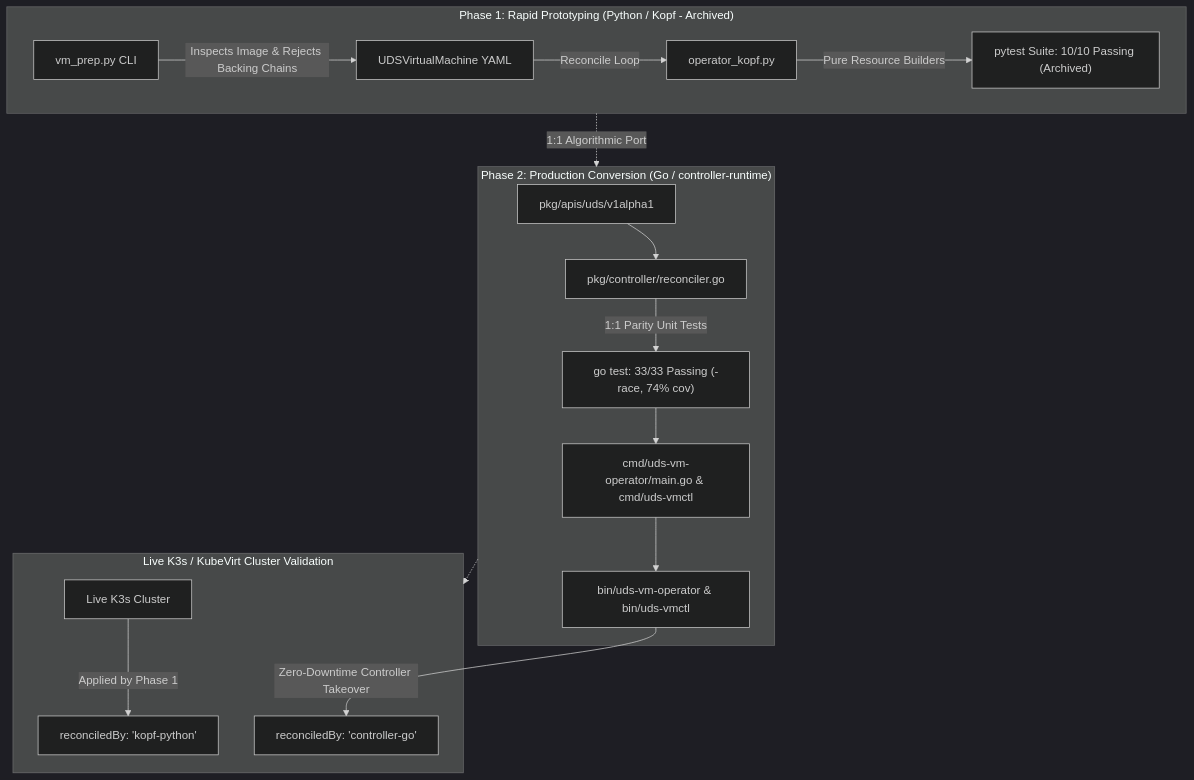
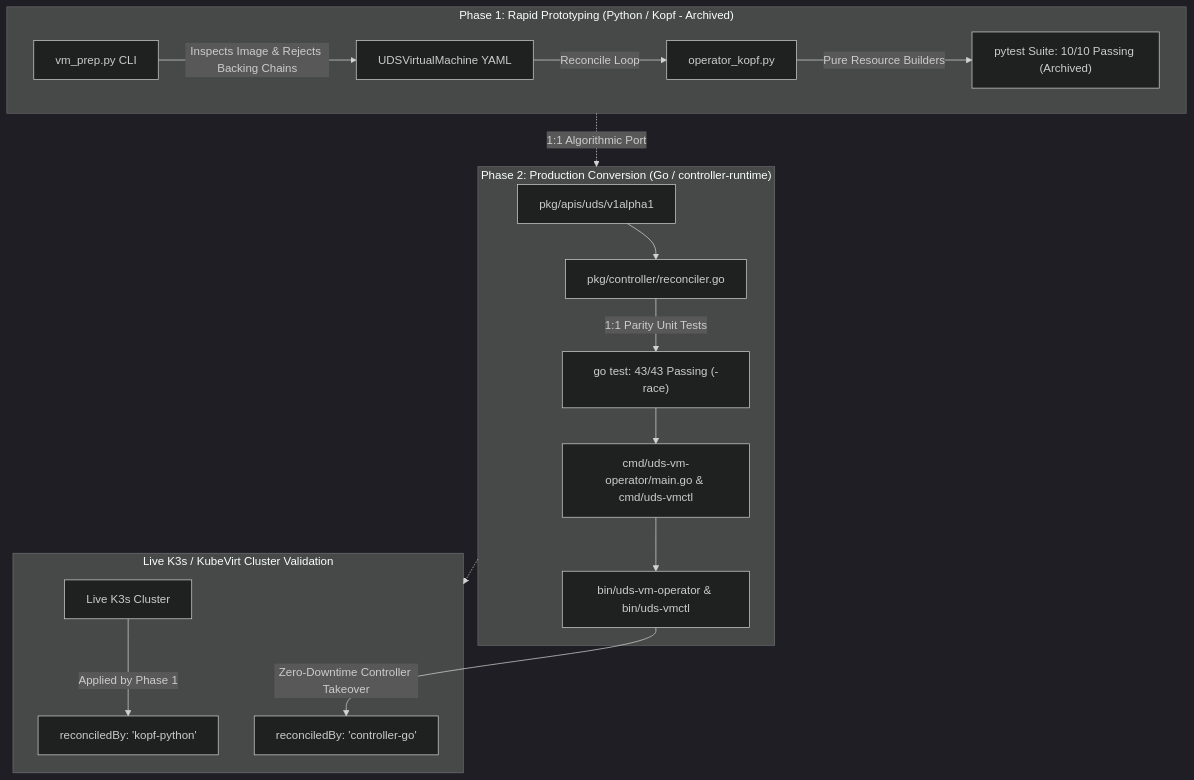
The diagram in README.md (celttechie/uds-vm-operator), drawn with Mermaid (dark theme) before and after one commit. The commit also changed other lines of this file and 3 other files, not shown here.

````diff
--- a/README.md
+++ b/README.md
@@ -33,23 +33,23 @@
 ```mermaid
 flowchart TD
     subgraph Stage1["Phase 1: Rapid Prototyping (Python / Kopf - Archived)"]
         A[vm_prep.py CLI] -->|Inspects Image & Rejects Backing Chains| B[UDSVirtualMachine YAML]
         B -->|Reconcile Loop| C[operator_kopf.py]
         C -->|Pure Resource Builders| D["pytest Suite: 10/10 Passing (Archived)"]
     end
 
     subgraph Stage2["Phase 2: Production Conversion (Go / controller-runtime)"]
         E[pkg/apis/uds/v1alpha1] --> F[pkg/controller/reconciler.go]
-        F -->|1:1 Parity Unit Tests| G["go test: 33/33 Passing (-race, 74% cov)"]
+        F -->|1:1 Parity Unit Tests| G["go test: 43/43 Passing (-race)"]
         G --> H[cmd/uds-vm-operator/main.go & cmd/uds-vmctl]
         H --> I[bin/uds-vm-operator & bin/uds-vmctl]
     end
 
     subgraph LiveCluster["Live K3s / KubeVirt Cluster Validation"]
         J[Live K3s Cluster] -->|Applied by Phase 1| K[reconciledBy: 'kopf-python']
         I -->|Zero-Downtime Controller Takeover| L[reconciledBy: 'controller-go']
     end
 
     Stage1 -.->|1:1 Algorithmic Port| Stage2
     Stage2 -.-> LiveCluster
 ```
````
